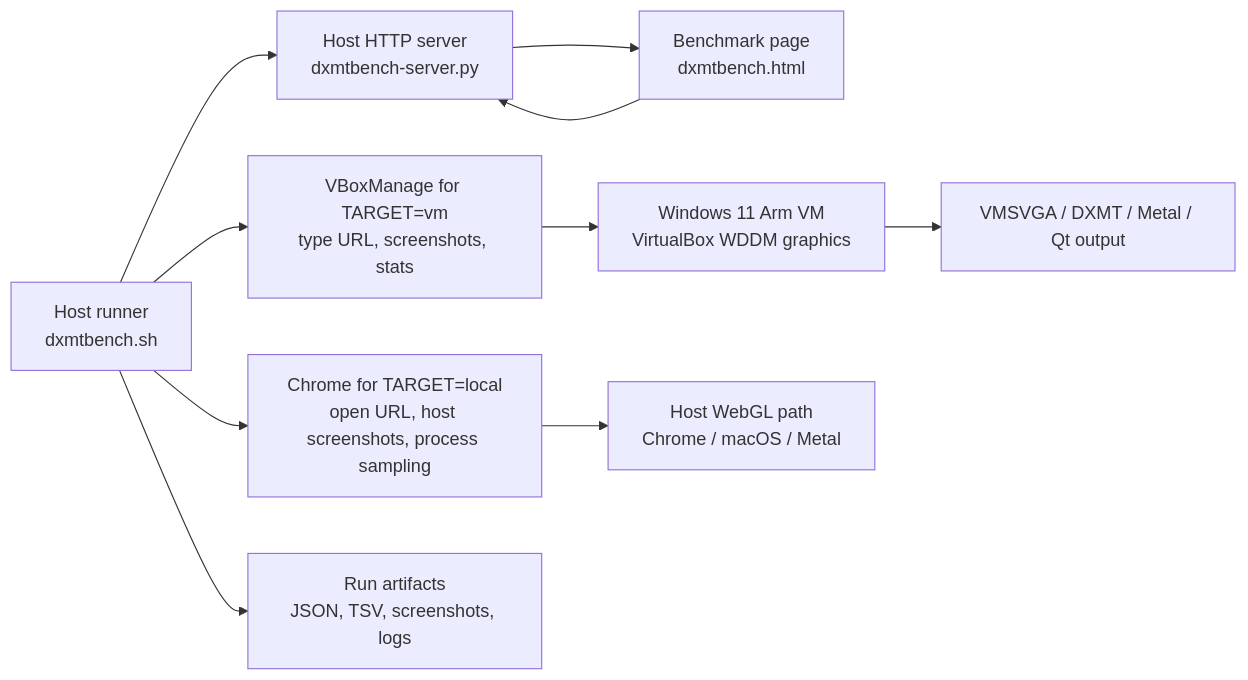
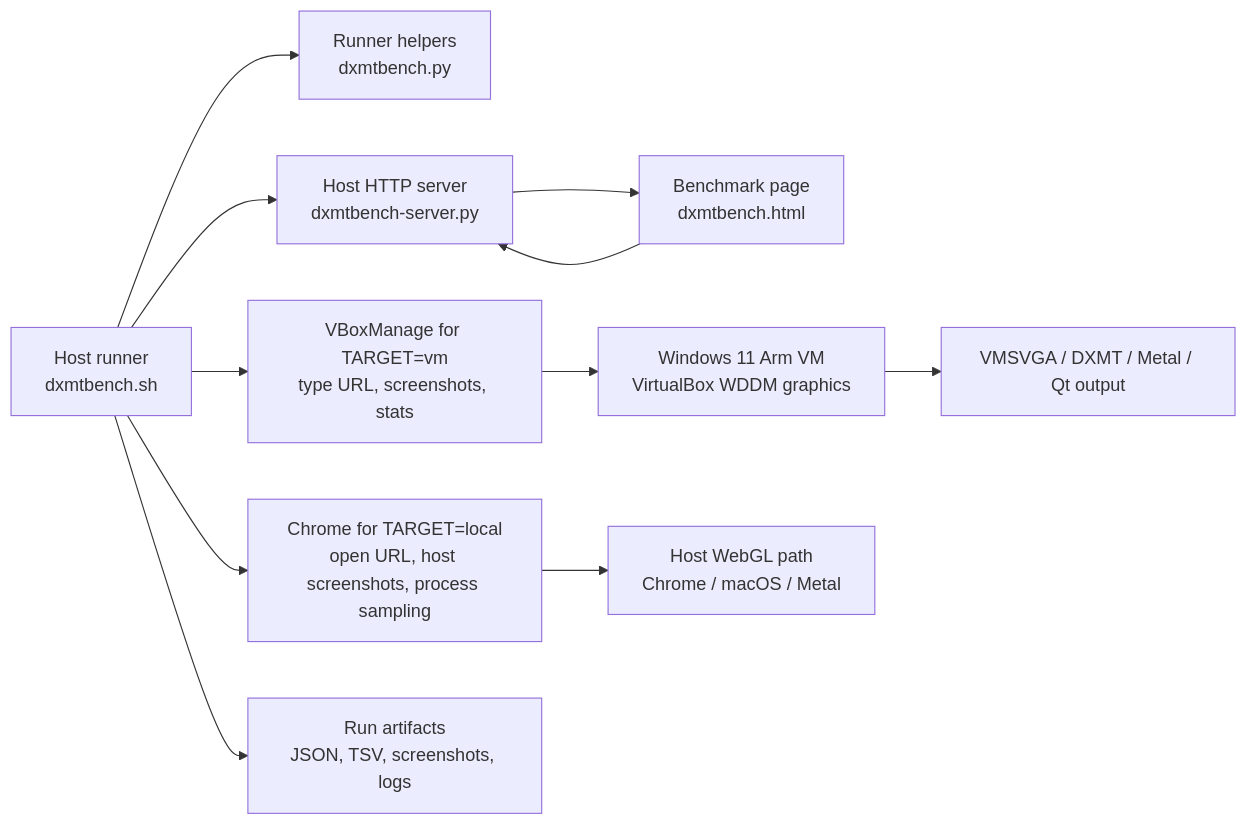
Before and after one commit to moreaki/dxmtbench: the diagram in README.md, drawn with Mermaid. The commit also changed other lines of this file and 2 other files, not shown here.

Commit message:
Extract runner Python helpers

````diff
--- a/README.md
+++ b/README.md
@@ -62,12 +62,13 @@
 ```mermaid
 flowchart LR
-    A["Host runner<br/>dxmtbench.sh"] --> B["Host HTTP server<br/>dxmtbench-server.py"]
+    A["Host runner<br/>dxmtbench.sh"] --> J["Runner helpers<br/>dxmtbench.py"]
+    A --> B["Host HTTP server<br/>dxmtbench-server.py"]
     A --> C["VBoxManage for TARGET=vm<br/>type URL, screenshots, stats"]
     A --> H["Chrome for TARGET=local<br/>open URL, host screenshots, process sampling"]
     B --> D["Benchmark page<br/>dxmtbench.html"]
     D --> B
     C --> E["Windows 11 Arm VM<br/>VirtualBox WDDM graphics"]
     E --> F["VMSVGA / DXMT / Metal / Qt output"]
     H --> I["Host WebGL path<br/>Chrome / macOS / Metal"]
     A --> G["Run artifacts<br/>JSON, TSV, screenshots, logs"]
 ```
````
